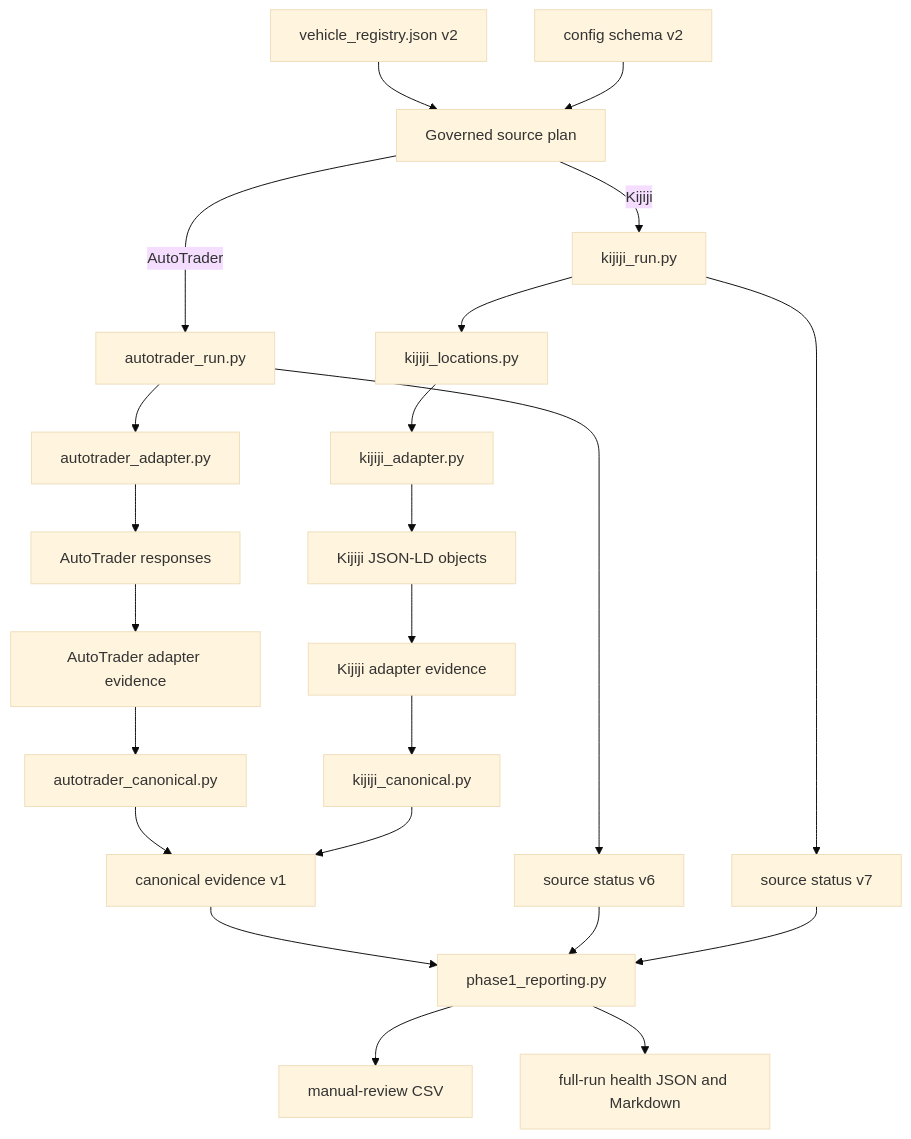
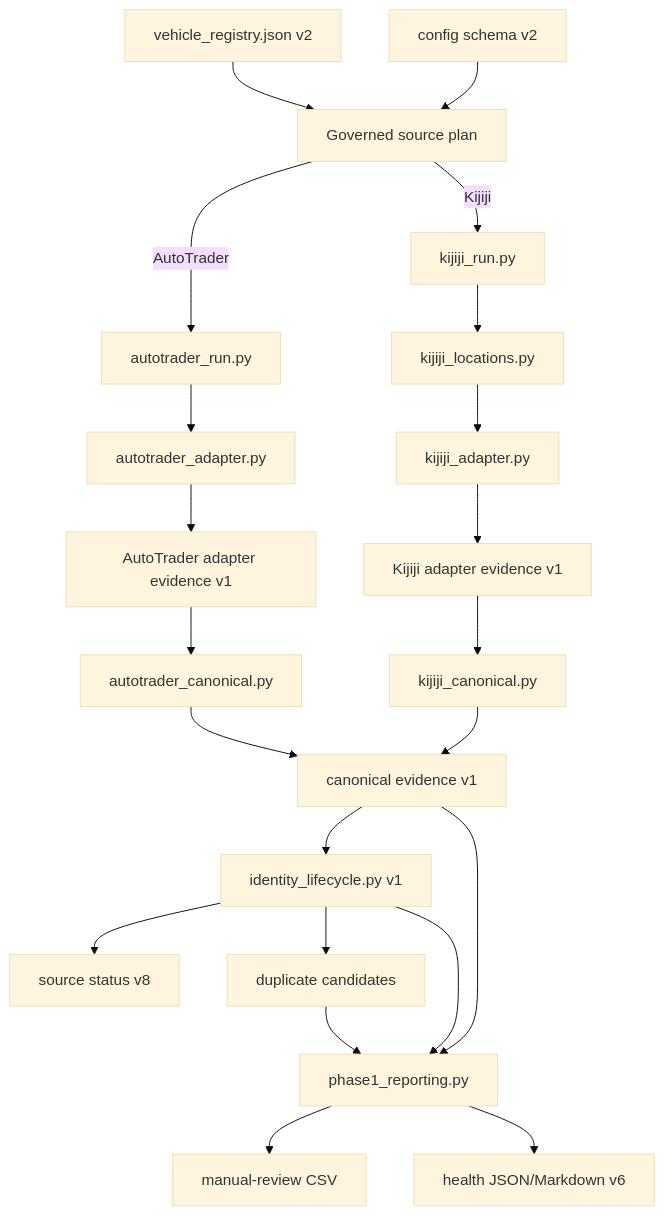
Before and after one commit to Stryker-maker/vehicle_scraper: the diagram in docs/ARCHITECTURE_AND_DATA_FLOW.md, drawn with Mermaid (base theme). The commit also changed other lines of this file, not shown here.

Commit message:
Align architecture with Audit 06 identity lifecycle

````diff
--- a/docs/ARCHITECTURE_AND_DATA_FLOW.md
+++ b/docs/ARCHITECTURE_AND_DATA_FLOW.md
@@ -120,28 +110,27 @@
 ```mermaid
 flowchart TD
     R[vehicle_registry.json v2] --> P[Governed source plan]
     C[config schema v2] --> P
 
     P -->|AutoTrader| AR[autotrader_run.py]
     AR --> AA[autotrader_adapter.py]
-    AA --> AP[AutoTrader responses]
-    AP --> AE[AutoTrader adapter evidence]
+    AA --> AE[AutoTrader adapter evidence v1]
     AE --> AC[autotrader_canonical.py]
-    AC --> CE[canonical evidence v1]
-    AR --> AS[source status v6]
 
     P -->|Kijiji| KR[kijiji_run.py]
     KR --> KL[kijiji_locations.py]
     KL --> KA[kijiji_adapter.py]
-    KA --> KP[Kijiji JSON-LD objects]
-    KP --> KE[Kijiji adapter evidence]
+    KA --> KE[Kijiji adapter evidence v1]
     KE --> KC[kijiji_canonical.py]
+
+    AC --> CE[canonical evidence v1]
     KC --> CE
-    KR --> KS[source status v7]
-
+    CE --> IL[identity_lifecycle.py v1]
+    IL --> IS[source status v8]
+    IL --> DC[duplicate candidates]
     CE --> MR[phase1_reporting.py]
-    AS --> MR
-    KS --> MR
+    IL --> MR
+    DC --> MR
     MR --> CSV[manual-review CSV]
-    MR --> H[full-run health JSON and Markdown]
+    MR --> H[health JSON/Markdown v6]
 ```
````
